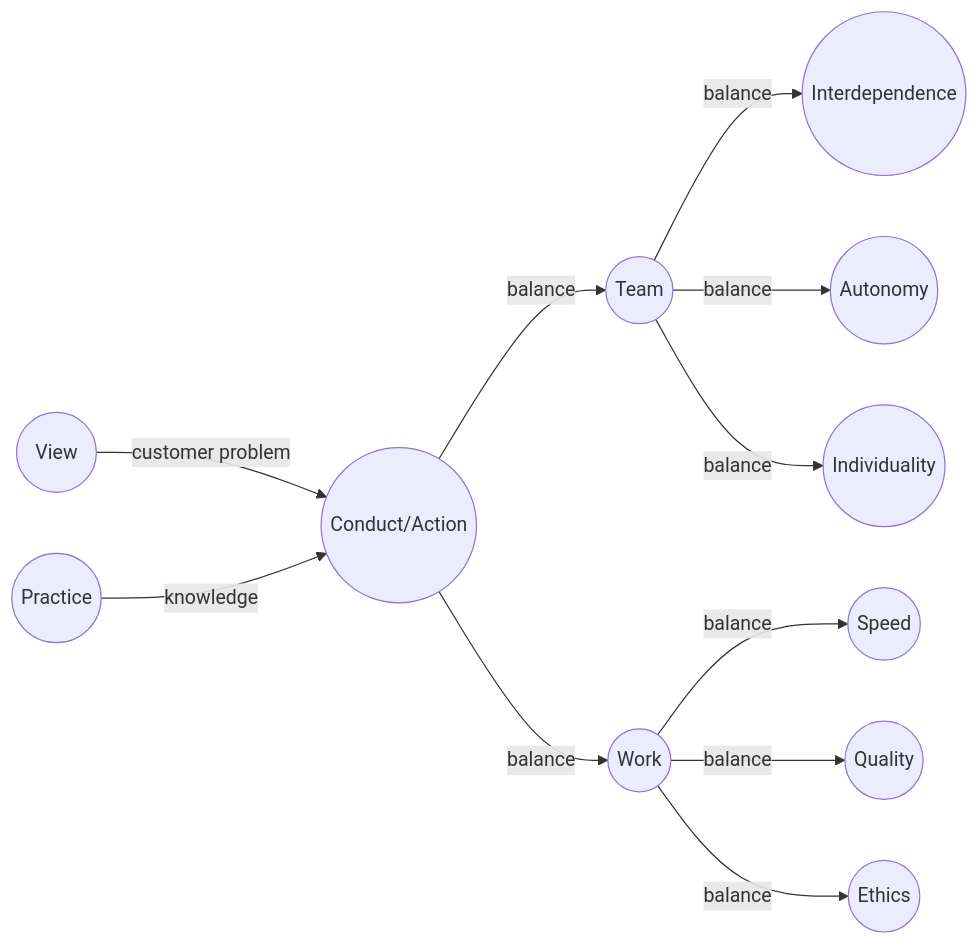
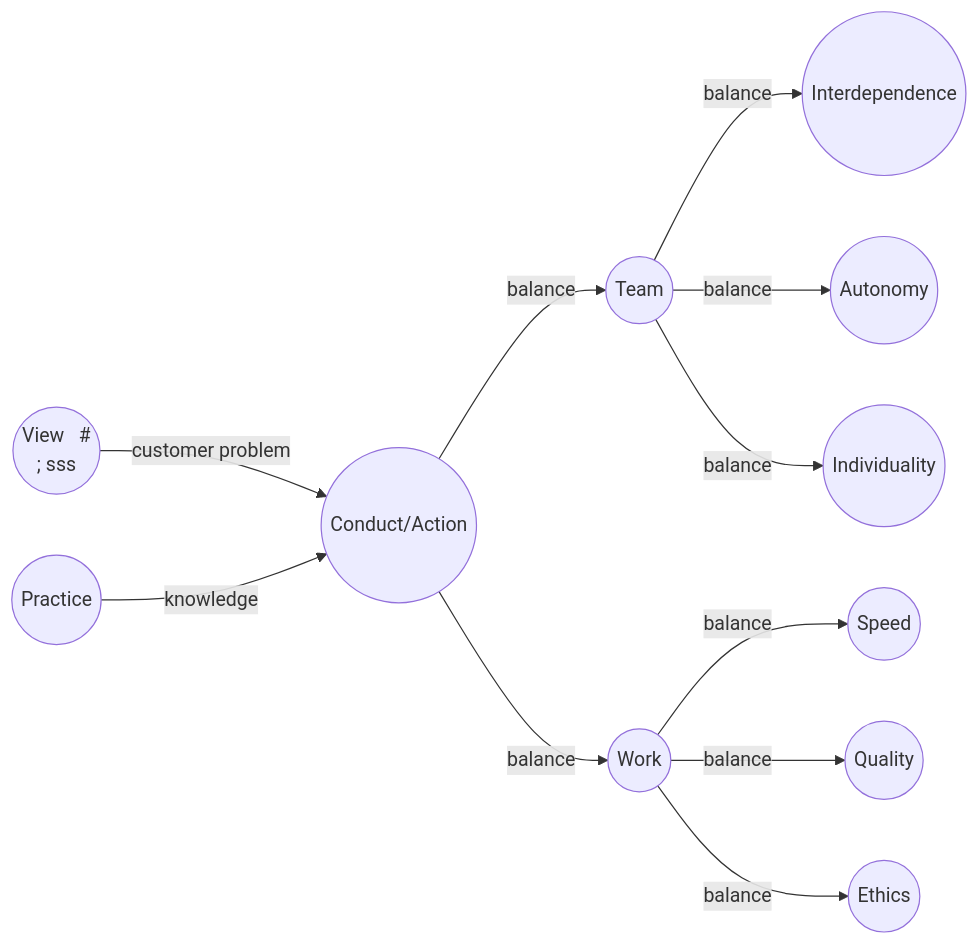
Before and after one commit to borisdev/resume: the diagram in zillow.md, drawn with Mermaid.

Commit message:
zillow values as a diagram

````diff
--- a/zillow.md
+++ b/zillow.md
@@ -18,13 +18,13 @@
 ```mermaid
 flowchart LR
-    V(("#nbsp; View #nbsp;"))-- customer problem -->C(("Conduct"))
+    V(("View #nbsp; #<br>; sss"))-- customer problem -->C(("Conduct"))
     P(("Practice"))-- knowledge -->C(("Conduct"))
     C(("Conduct/Action"))-- balance -->T(("Team"))
     C(("Conduct/Action"))-- balance -->W(("Work"))
     T(("Team"))-- balance -->ID(("Interdependence"))
     T(("Team"))-- balance -->A(("Autonomy"))
     T(("Team"))-- balance -->I(("Individuality"))
     W(("Work"))-- balance -->S(("Speed"))
     W(("Work"))-- balance -->Q(("Quality"))
     W(("Work"))-- balance -->E(("Ethics"))
 ```
````
